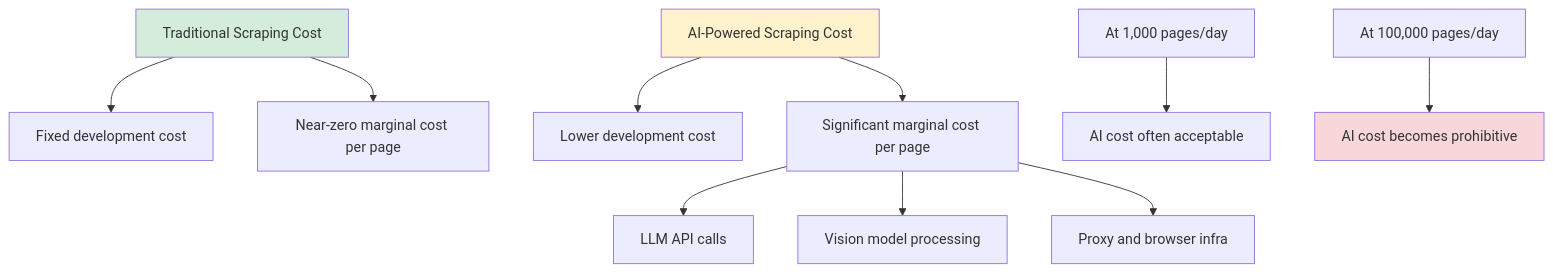
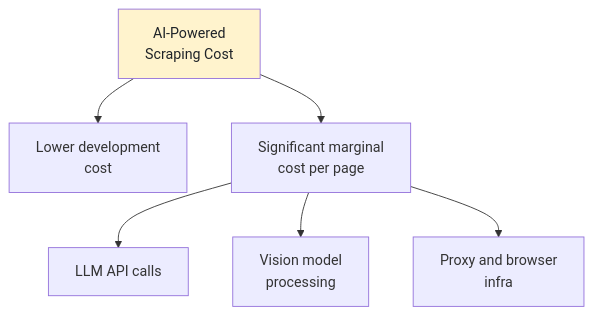
The fourth of 6 diagrams in _posts/2026-02-14-the-unsolved-problems-of-ai-web-scraping-in-2026.md (bytetunnels/bytetunnels.github.com), drawn with Mermaid before and after one commit. The commit also changed other lines of this file and 118 other files, not shown here.

Commit message:
feat: improve diagram styling and compact wide flowcharts

````diff
--- a/_posts/2026-02-14-the-unsolved-problems-of-ai-web-scraping-in-2026.md
+++ b/_posts/2026-02-14-the-unsolved-problems-of-ai-web-scraping-in-2026.md
@@ -346,18 +354,10 @@
 ```mermaid
 graph TD
-    A["Traditional Scraping Cost"] --> B["Fixed development cost"]
-    A --> C["Near-zero marginal cost per page"]
+    D["AI-Powered<br/>Scraping Cost"] --> E["Lower development<br/>cost"]
+    D --> F["Significant marginal<br/>cost per page"]
+    F --> G["LLM API calls"]
+    F --> H["Vision model<br/>processing"]
+    F --> I["Proxy and browser<br/>infra"]
 
-    D["AI-Powered Scraping Cost"] --> E["Lower development cost"]
-    D --> F["Significant marginal cost per page"]
-    F --> G["LLM API calls"]
-    F --> H["Vision model processing"]
-    F --> I["Proxy and browser infra"]
-
-    J["At 1,000 pages/day"] --> K["AI cost often acceptable"]
-    L["At 100,000 pages/day"] --> M["AI cost becomes prohibitive"]
-
-    style A fill:#d4edda
-    style D fill:#fff3cd
-    style M fill:#f8d7da
+    style D fill:#fff3cd,color:#1f2328
 ```
````
